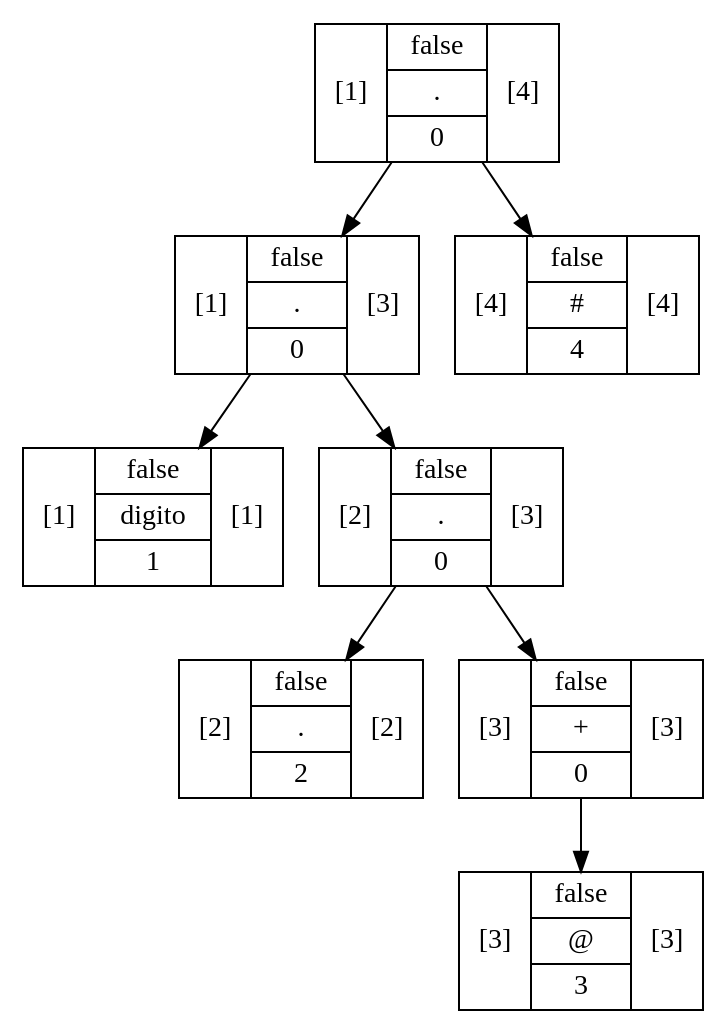
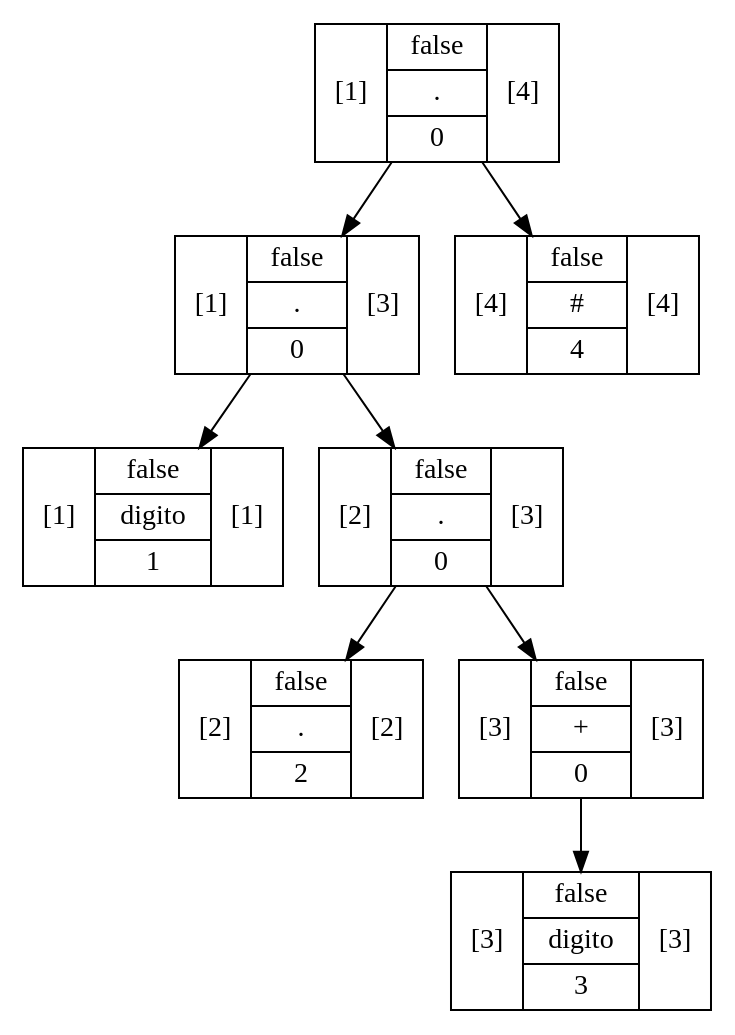
The diagram in out/production/Proyecto1/Graphviz/Arbol4.dot (RojasCJP/Proyecto1_Compi1), drawn with Graphviz before and after one commit. The commit also changed 276 other files, not shown here.

```diff
--- a/out/production/Proyecto1/Graphviz/Arbol4.dot
+++ b/out/production/Proyecto1/Graphviz/Arbol4.dot
@@ -1,17 +1,17 @@
 digraph structs {
-    node [shape=record];ArbolNodoMetodo42bb8969[label="[1]|{false|{digito}|1}|[1]"];
-ArbolNodoMetodo99b822a[label="[2]|{false|{.}|2}|[2]"];
-ArbolNodoMetodo79f1fc7d[label="[3]|{false|{@}|3}|[3]"];
-ArbolNodoMetodo6575277e[label="[3]|{false|{+}|0}|[3]"];
-ArbolNodoMetodo6575277e -> ArbolNodoMetodo79f1fc7d;
-ArbolNodoMetodo7b1b0a78[label="[2]|{false|{.}|0}|[3]"];
-ArbolNodoMetodo7b1b0a78 -> ArbolNodoMetodo99b822a;
-ArbolNodoMetodo7b1b0a78 -> ArbolNodoMetodo6575277e;
-ArbolNodoMetodo2ec45de3[label="[1]|{false|{.}|0}|[3]"];
-ArbolNodoMetodo2ec45de3 -> ArbolNodoMetodo42bb8969;
-ArbolNodoMetodo2ec45de3 -> ArbolNodoMetodo7b1b0a78;
-ArbolNodoMetodo58a05e52[label="[4]|{false|{#}|4}|[4]"];
-ArbolNodoMetodo14a2ccef[label="[1]|{false|{.}|0}|[4]"];
-ArbolNodoMetodo14a2ccef -> ArbolNodoMetodo2ec45de3;
-ArbolNodoMetodo14a2ccef -> ArbolNodoMetodo58a05e52;
+    node [shape=record];ArbolNodoMetodo33cbf310[label="[1]|{false|{digito}|1}|[1]"];
+ArbolNodoMetodoee21f46[label="[2]|{false|{.}|2}|[2]"];
+ArbolNodoMetodo3da7346b[label="[3]|{false|{digito}|3}|[3]"];
+ArbolNodoMetodo6ad6de07[label="[3]|{false|{+}|0}|[3]"];
+ArbolNodoMetodo6ad6de07 -> ArbolNodoMetodo3da7346b;
+ArbolNodoMetodo6e9e33e[label="[2]|{false|{.}|0}|[3]"];
+ArbolNodoMetodo6e9e33e -> ArbolNodoMetodoee21f46;
+ArbolNodoMetodo6e9e33e -> ArbolNodoMetodo6ad6de07;
+ArbolNodoMetodo186fc48a[label="[1]|{false|{.}|0}|[3]"];
+ArbolNodoMetodo186fc48a -> ArbolNodoMetodo33cbf310;
+ArbolNodoMetodo186fc48a -> ArbolNodoMetodo6e9e33e;
+ArbolNodoMetodo1cefaf80[label="[4]|{false|{#}|4}|[4]"];
+ArbolNodoMetodo40957cfc[label="[1]|{false|{.}|0}|[4]"];
+ArbolNodoMetodo40957cfc -> ArbolNodoMetodo186fc48a;
+ArbolNodoMetodo40957cfc -> ArbolNodoMetodo1cefaf80;
 }
```
